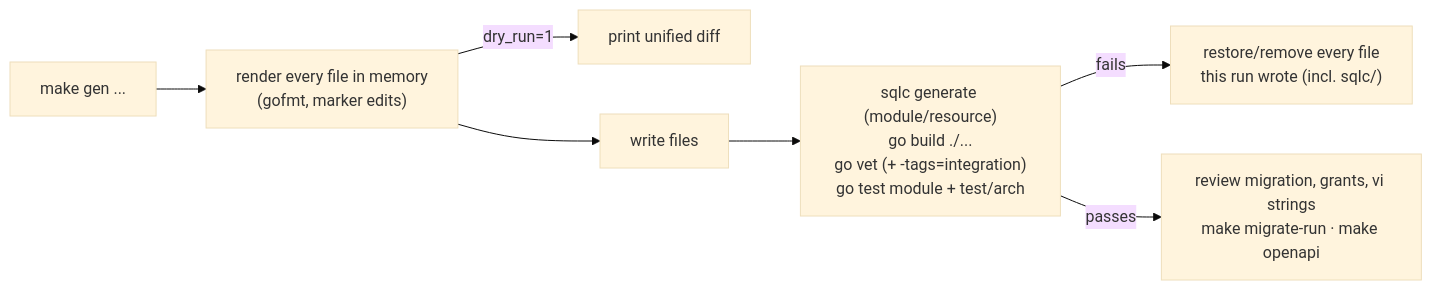
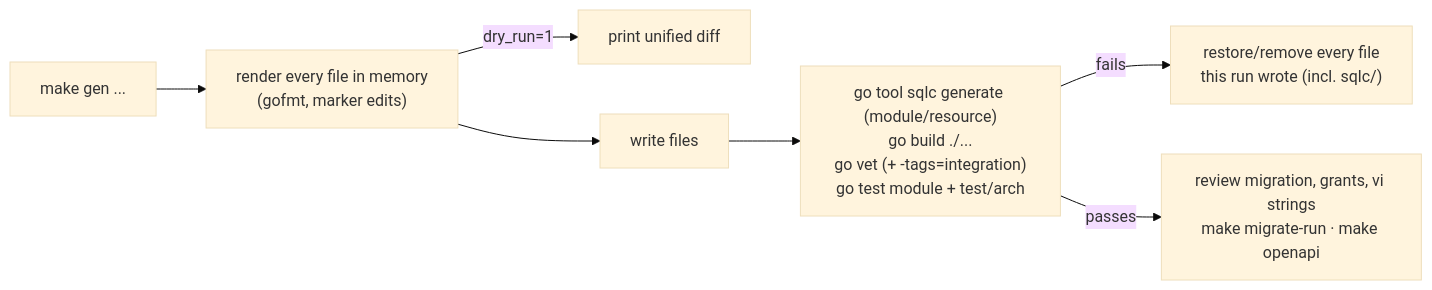
The first of 6 diagrams in docs/module-template.md (chuanghiduoc/fiber-golang-boilerplate), drawn with Mermaid (base theme) before and after one commit. The commit also changed other lines of this file and 353 other files, not shown here.

````diff
--- a/docs/module-template.md
+++ b/docs/module-template.md
@@ -27,9 +27,9 @@
 ```mermaid
 flowchart LR
     A["make gen ..."] --> B["render every file in memory<br/>(gofmt, marker edits)"]
     B -- "dry_run=1" --> D["print unified diff"]
     B --> C["write files"]
-    C --> E["sqlc generate (module/resource)<br/>go build ./...<br/>go vet (+ -tags=integration)<br/>go test module + test/arch"]
+    C --> E["go tool sqlc generate (module/resource)<br/>go build ./...<br/>go vet (+ -tags=integration)<br/>go test module + test/arch"]
     E -- fails --> X["restore/remove every file<br/>this run wrote (incl. sqlc/)"]
     E -- passes --> F["review migration, grants, vi strings<br/>make migrate-run · make openapi"]
 ```
````
